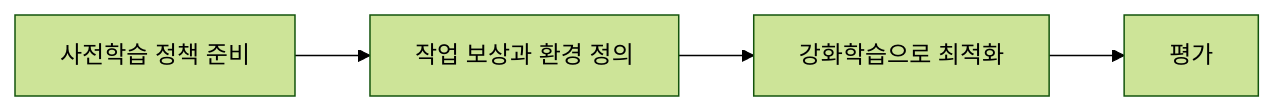
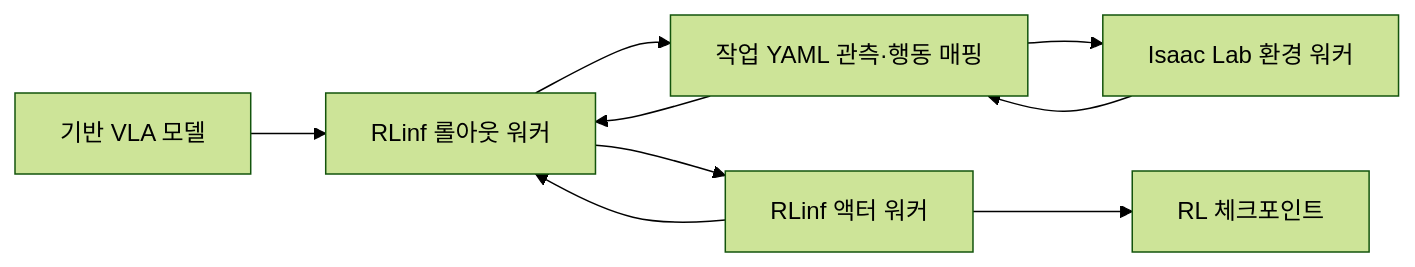
One commit to james-joobs/awesome-nvidia-physical-ai changed the diagram in docs/ko/isaac-rlpt.md. Above: the diagram before and after it, drawn with Mermaid (forest theme). The commit also changed other lines of this file and 187 other files, not shown here.

Commit message:
Expand bilingual guides with official architecture references

````diff
--- a/docs/ko/isaac-rlpt.md
+++ b/docs/ko/isaac-rlpt.md
@@ -11,7 +17,17 @@
 ```mermaid
 flowchart LR
-    n0["사전학습 정책 준비"] --> n1
-    n1["작업 보상과 환경 정의"] --> n2
-    n2["강화학습으로 최적화"] --> n3
-    n3["평가"]
+    base["기반 VLA 모델"]
+    env["Isaac Lab 환경 워커"]
+    map["작업 YAML 관측·행동 매핑"]
+    roll["RLinf 롤아웃 워커"]
+    actor["RLinf 액터 워커"]
+    ckpt["RL 체크포인트"]
+    base --> roll
+    env --> map
+    map --> roll
+    roll --> map
+    map --> env
+    roll --> actor
+    actor --> roll
+    actor --> ckpt
 ```
````
